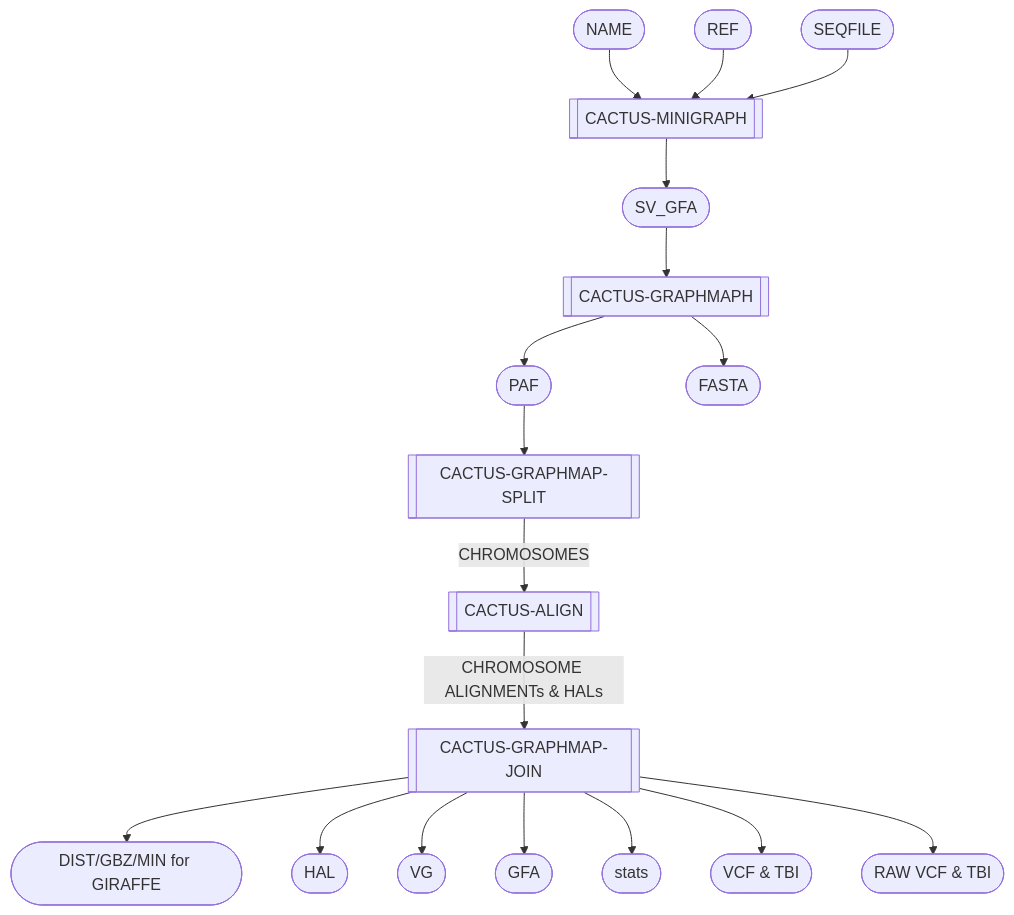
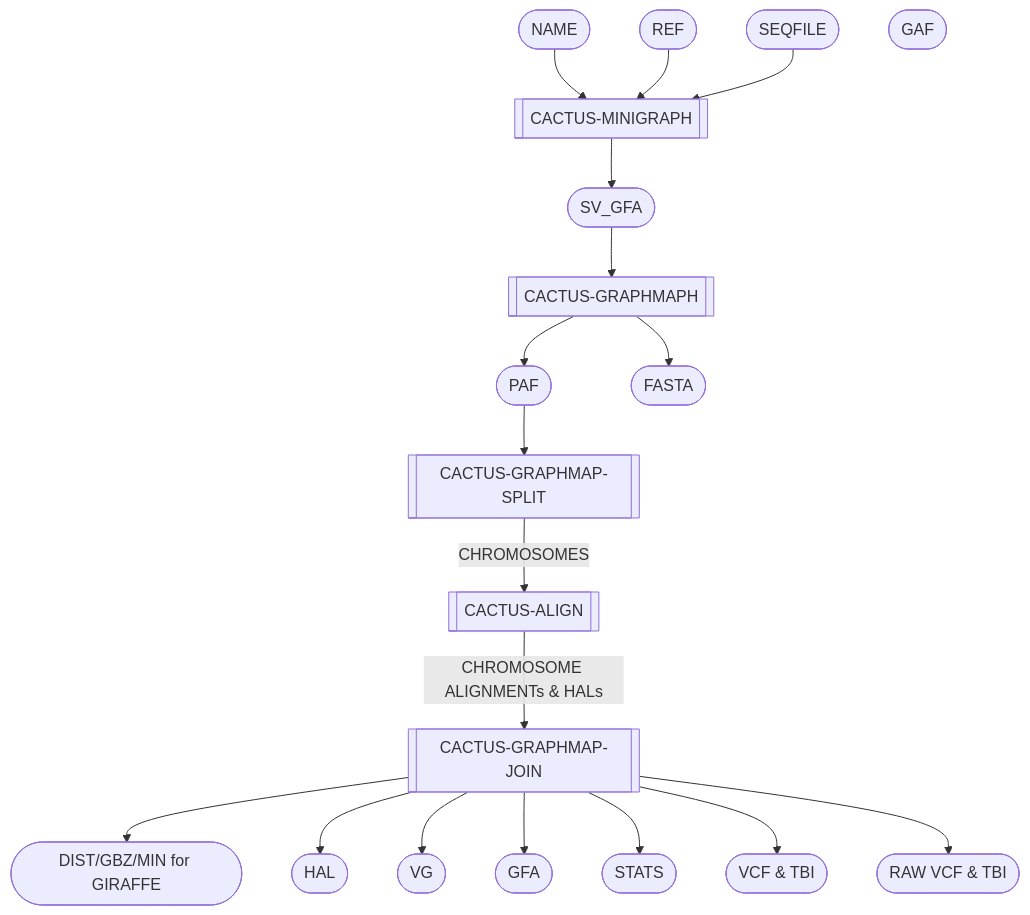
Before and after one commit to genome/cig-pipelines: the diagram in wdl/pipelines/pangenome/mcgb.doc.md, drawn with Mermaid. The commit also changed other lines of this file and 2 other files, not shown here.

````diff
--- a/wdl/pipelines/pangenome/mcgb.doc.md
+++ b/wdl/pipelines/pangenome/mcgb.doc.md
@@ -7,30 +6,31 @@
 ```mermaid
   flowchart TB;
       i1([NAME]);
       i2([REF]);
       i3([SEQFILE])
 
       s1[[CACTUS-MINIGRAPH]];
       s2[[CACTUS-GRAPHMAPH]];
       s3[[CACTUS-GRAPHMAP-SPLIT]];
       s4[[CACTUS-ALIGN]];
       s5[[CACTUS-GRAPHMAP-JOIN]];
 
       o11([SV_GFA])
       o21([PAF])
       o22([FASTA])
+      o23([GAF])
       o51([DIST/GBZ/MIN for GIRAFFE])
       o52([HAL])
       o53([VG])
       o54([GFA])
-      o55([stats])
+      o55([STATS])
       o56([VCF & TBI])
       o57([RAW VCF & TBI])
 
       i1-->s1; i2-->s1; i3-->s1; s1-->o11;
       o11-->s2; s2-->o21; s2-->o22;
       o21-->s3;
       s3--CHROMOSOMES-->s4;
       s4--CHROMOSOME ALIGNMENTs & HALs -->s5;
       s5-->o51; s5-->o52; s5-->o53; s5-->o54; s5-->o55; s5-->o56; s5-->o57
 ```
````
